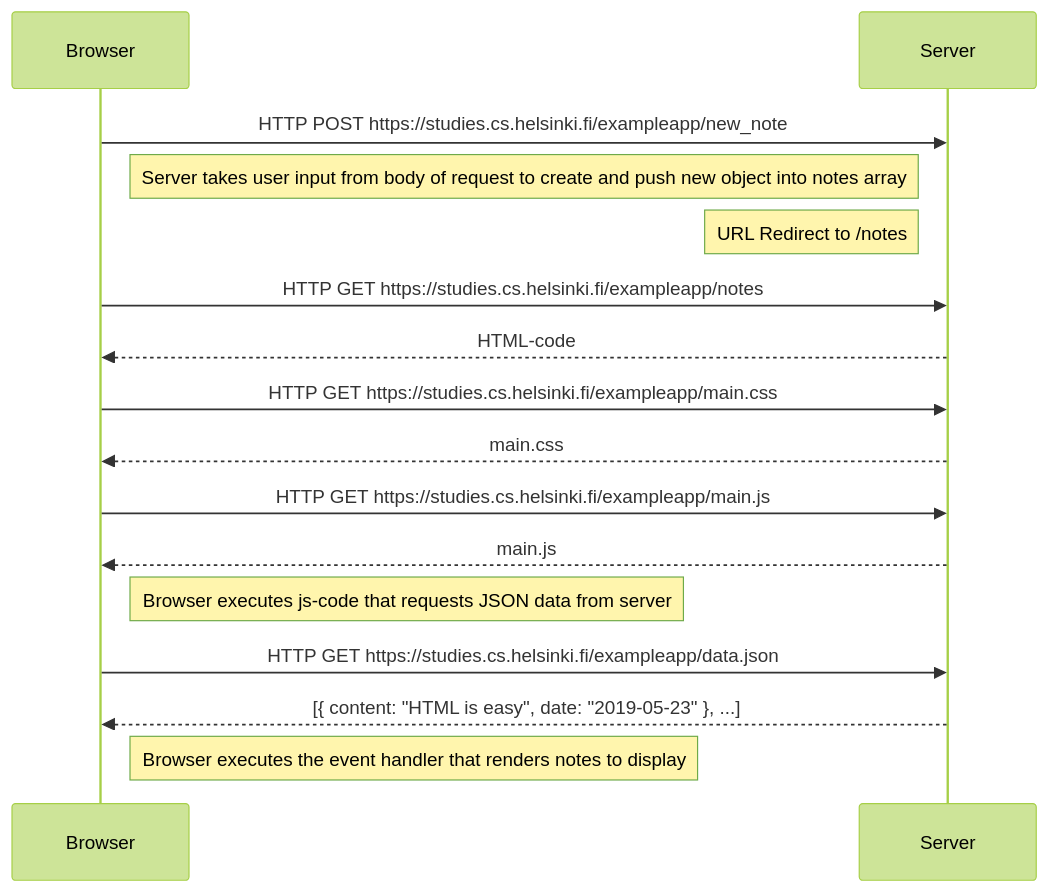
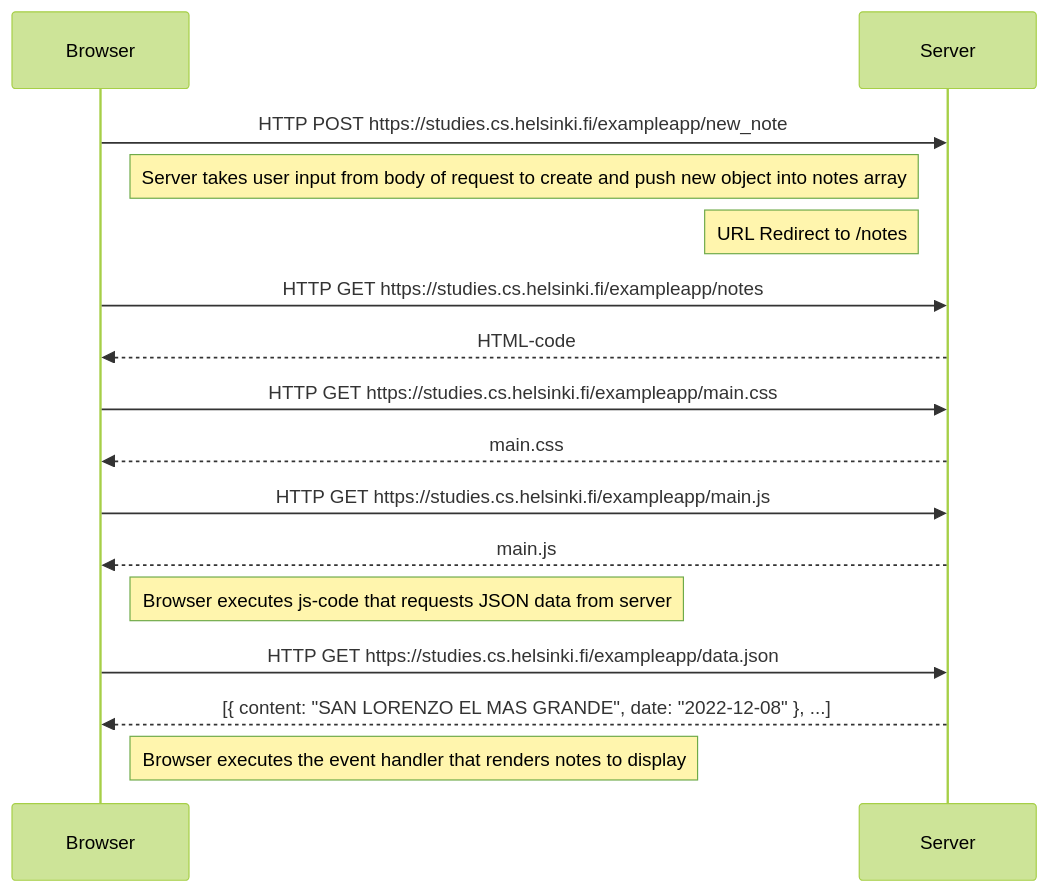
Before and after one commit to William-Luna/FullStackOpen: the diagram in part0/4-newNoteDiagram.md, drawn with Mermaid (forest theme).

````diff
--- a/part0/4-newNoteDiagram.md
+++ b/part0/4-newNoteDiagram.md
@@ -1,16 +1,16 @@
 ```mermaid
 sequenceDiagram
 Browser->>Server: HTTP POST https://studies.cs.helsinki.fi/exampleapp/new_note
 Note left of Server: Server takes user input from body of request to create and push new object into notes array
 Note left of Server: URL Redirect to /notes
 Browser->>Server: HTTP GET https://studies.cs.helsinki.fi/exampleapp/notes
 Server-->>Browser: HTML-code
 Browser->>Server: HTTP GET https://studies.cs.helsinki.fi/exampleapp/main.css
 Server-->>Browser: main.css
 Browser->>Server: HTTP GET https://studies.cs.helsinki.fi/exampleapp/main.js
 Server-->>Browser: main.js
 Note right of Browser: Browser executes js-code that requests JSON data from server
 Browser->>Server: HTTP GET https://studies.cs.helsinki.fi/exampleapp/data.json
-Server-->>Browser: [{ content: "HTML is easy", date: "2019-05-23" }, ...]
+Server-->>Browser: [{ content: "SAN LORENZO EL MAS GRANDE", date: "2022-12-08" }, ...]
 note right of Browser: Browser executes the event handler that renders notes to display
 ```
````
